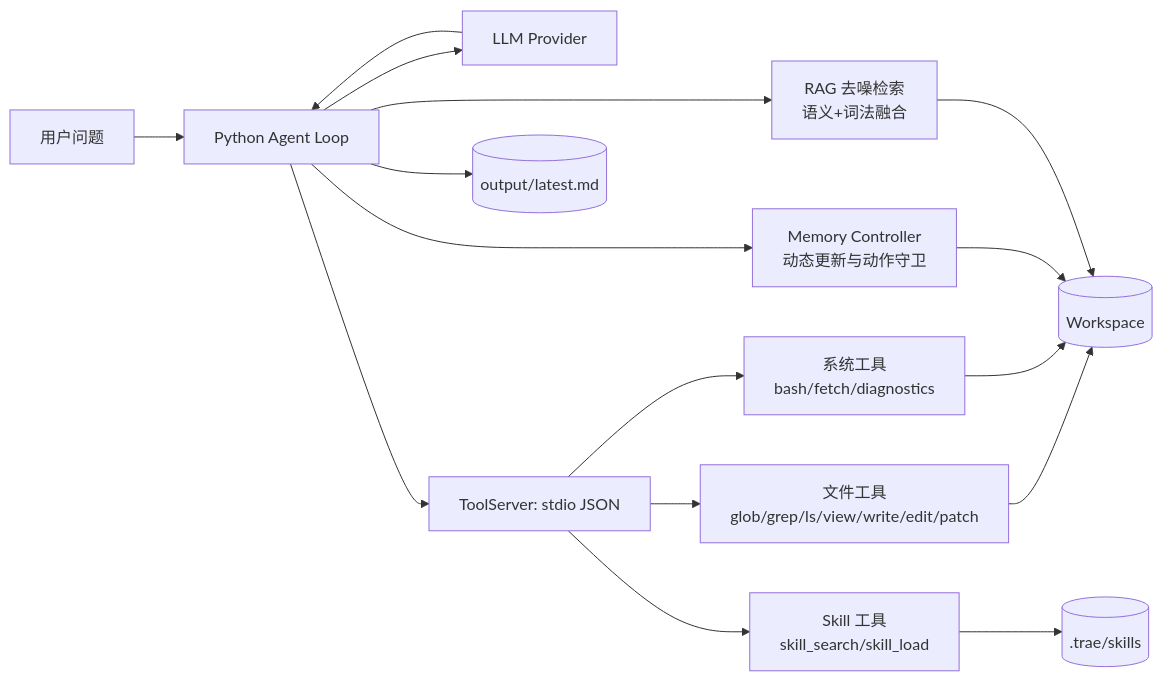
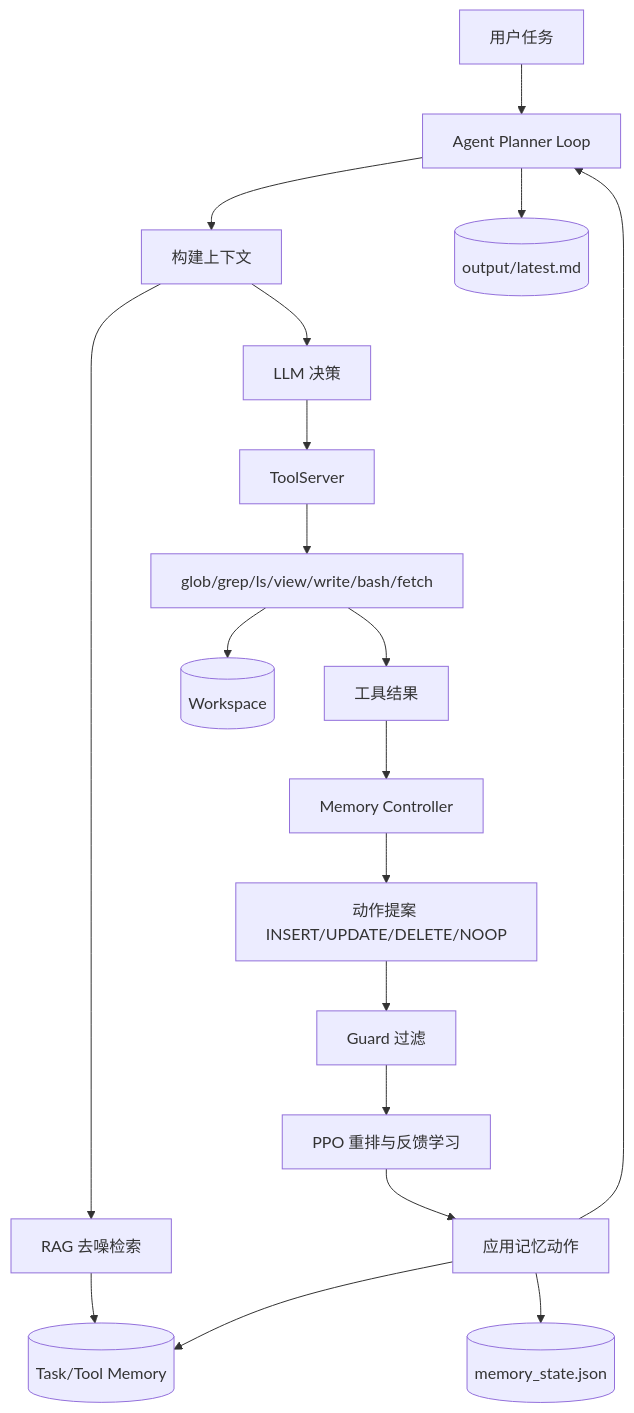
The first of 5 diagrams in README.md (aoduhabc/ToolFlow-Skill-Agent), drawn with Mermaid before and after one commit. The commit also changed other lines of this file, not shown here.

````diff
--- a/README.md
+++ b/README.md
@@ -60,18 +65,21 @@
 ```mermaid
-flowchart LR
-    U[用户问题] --> A[Python Agent Loop]
-    A --> M[LLM Provider]
-    M --> A
-    A --> S[ToolServer: stdio JSON]
-    S --> T1[文件工具<br/>glob/grep/ls/view/write/edit/patch]
-    S --> T2[系统工具<br/>bash/fetch/diagnostics]
-    S --> T3[Skill 工具<br/>skill_search/skill_load]
-    A --> C1[Memory Controller<br/>动态更新与动作守卫]
-    A --> C2[RAG 去噪检索<br/>语义+词法融合]
-    T1 --> R[(Workspace)]
-    T2 --> R
-    T3 --> K[(.trae/skills)]
-    C1 --> R
-    C2 --> R
-    A --> O[(output/latest.md)]
+flowchart TD
+    U[用户任务] --> P[Agent Planner Loop]
+    P --> C[构建上下文]
+    C --> RAG[RAG 去噪检索]
+    RAG --> MEM[(Task/Tool Memory)]
+    C --> LLM[LLM 决策]
+    LLM --> TS[ToolServer]
+    TS --> TOOLS[glob/grep/ls/view/write/bash/fetch]
+    TOOLS --> WS[(Workspace)]
+    TOOLS --> OBS[工具结果]
+    OBS --> MC[Memory Controller]
+    MC --> ACT[动作提案 INSERT/UPDATE/DELETE/NOOP]
+    ACT --> G[Guard 过滤]
+    G --> PPO[PPO 重排与反馈学习]
+    PPO --> APPLY[应用记忆动作]
+    APPLY --> MEM
+    APPLY --> SAVE[(memory_state.json)]
+    APPLY --> P
+    P --> OUT[(output/latest.md)]
 ```
````
